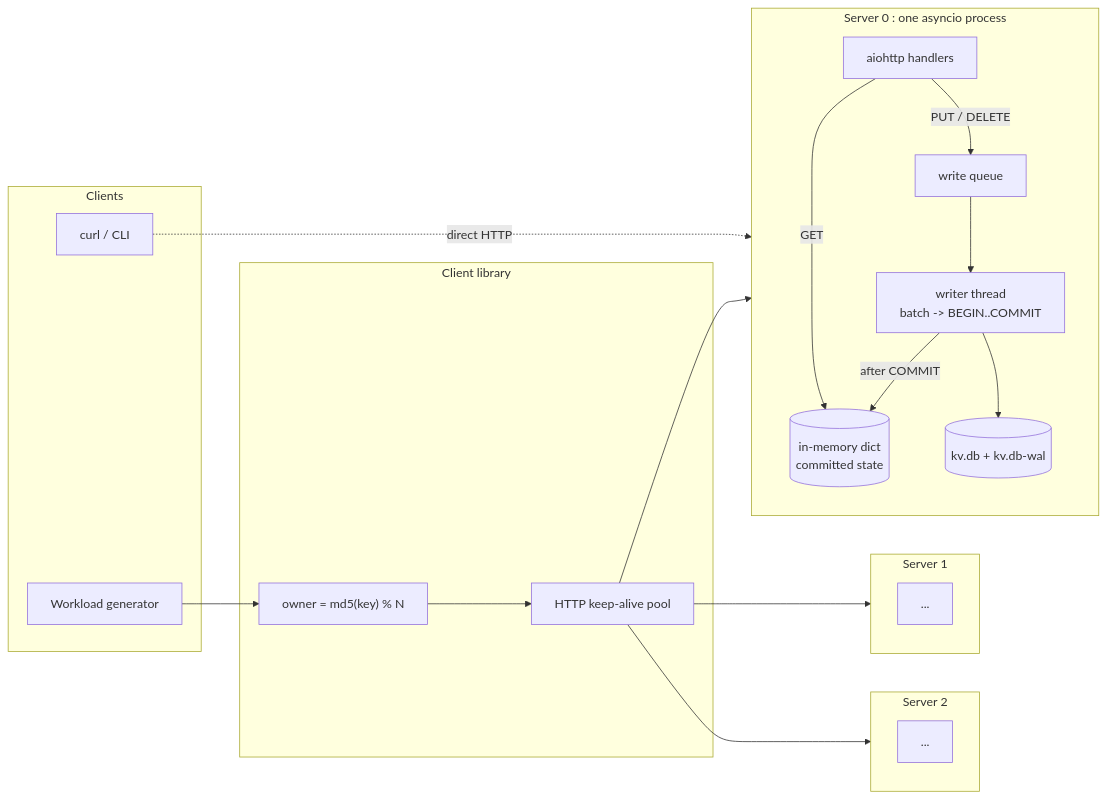
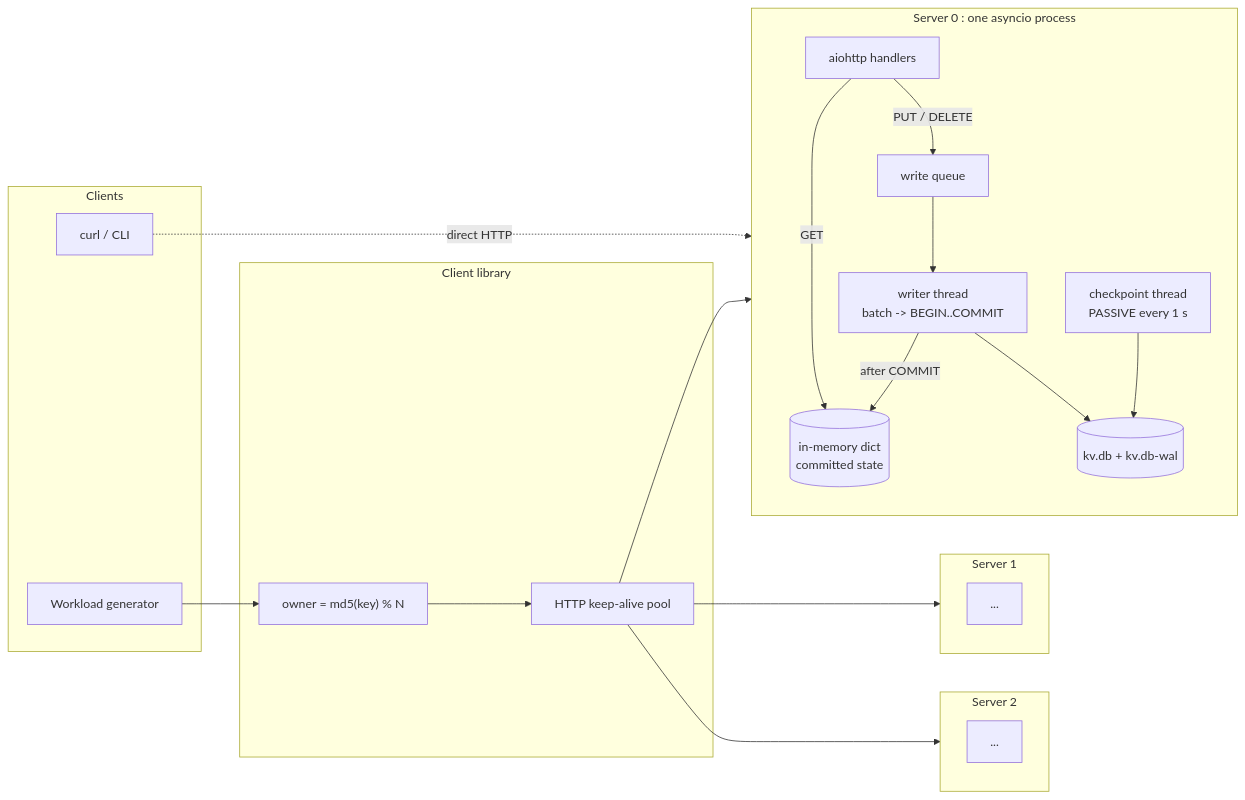
Before and after one commit to carlguo508/Distributed-KV-store: the first of 3 diagrams in docs/design.md, drawn with Mermaid. The commit also changed other lines of this file and 3 other files, not shown here.

````diff
--- a/docs/design.md
+++ b/docs/design.md
@@ -27,31 +28,32 @@
 ```mermaid
 flowchart LR
     subgraph Clients
         WG[Workload generator]
         CLI[curl / CLI]
     end
     subgraph Lib[Client library]
         H["owner = md5(key) % N"]
         POOL[HTTP keep-alive pool]
     end
     WG --> H --> POOL
     CLI -. direct HTTP .-> S0
 
     subgraph S0[Server 0 : one asyncio process]
         direction TB
         A0[aiohttp handlers] -->|GET| D0[(in-memory dict<br/>committed state)]
         A0 -->|PUT / DELETE| Q0[write queue]
         Q0 --> W0[writer thread<br/>batch -> BEGIN..COMMIT]
         W0 -->|after COMMIT| D0
         W0 --> DB0[(kv.db + kv.db-wal)]
+        C0[checkpoint thread<br/>PASSIVE every 1 s] --> DB0
     end
     subgraph S1[Server 1]
         A1[...]
     end
     subgraph S2[Server 2]
         A2[...]
     end
     POOL --> S0
     POOL --> S1
     POOL --> S2
 ```
````
